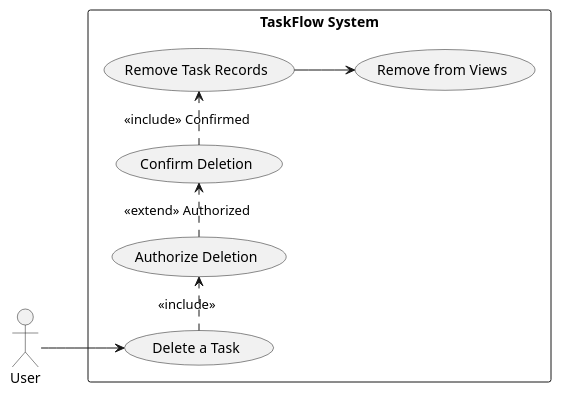
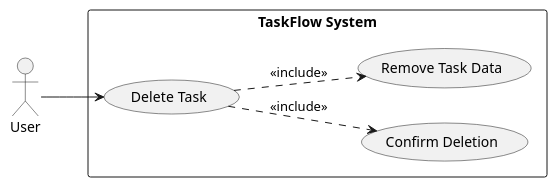
Before and after one commit to Chaman532003/framework: the sixth of 9 diagrams in artifacts/spec/spec.md, drawn with PlantUML. The commit also changed other lines of this file, not shown here.

````diff
--- a/artifacts/spec/spec.md
+++ b/artifacts/spec/spec.md
@@ -506,22 +467,18 @@
 ```plantuml
 @startuml
 left to right direction
 skinparam packageStyle rectangle
 
 actor User
 
 rectangle "TaskFlow System" {
-  usecase (Delete a Task) as UC7
-  usecase (Authorize Deletion) as UC7a
-  usecase (Confirm Deletion) as UC7b
-  usecase (Remove Task Records) as UC7c
-  usecase (Remove from Views) as UC7d
+  usecase (Delete Task) as UC7
+  usecase (Confirm Deletion) as UC_Confirm
+  usecase (Remove Task Data) as UC_RemoveData
 }
 
 User --> UC7
-UC7 .> UC7a : <<include>>
-UC7a .> UC7b : <<extend>> Authorized
-UC7b .> UC7c : <<include>> Confirmed
-UC7c --> UC7d
+UC7 ..> UC_Confirm : <<include>>
+UC7 ..> UC_RemoveData : <<include>>
 @enduml
 ```
````
